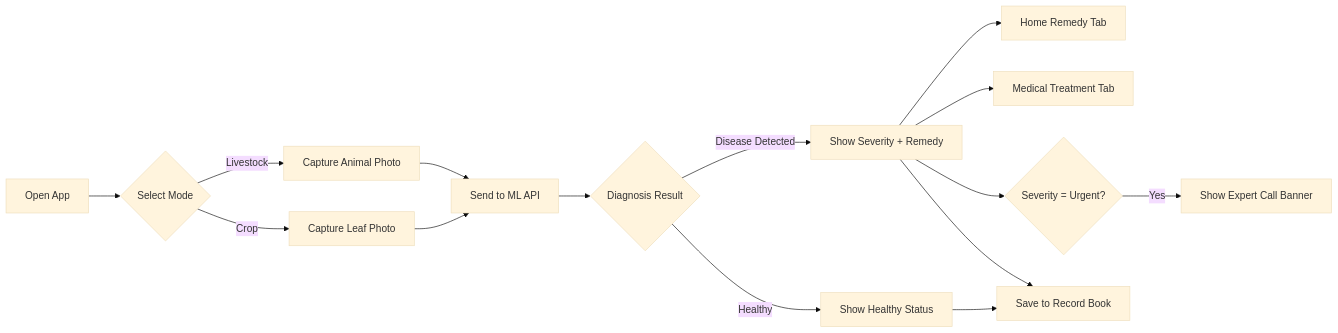
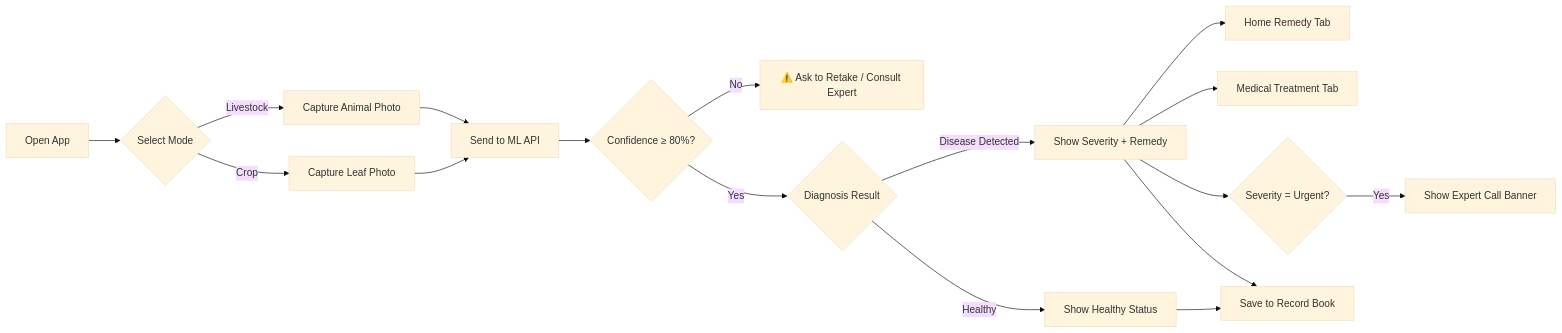
One commit to nilkumarbhadani/-dr-farmer-frontend changed the second of 2 diagrams in README.md. Above: the diagram before and after it, drawn with Mermaid (base theme). The commit also changed other lines of this file, not shown here.

````diff
--- a/README.md
+++ b/README.md
@@ -93,17 +164,19 @@
 ```mermaid
 flowchart LR
     A[Open App] --> B{Select Mode}
     B -->|Crop| C[Capture Leaf Photo]
     B -->|Livestock| D[Capture Animal Photo]
     C --> E[Send to ML API]
     D --> E
-    E --> F{Diagnosis Result}
-    F -->|Healthy| G[Show Healthy Status]
-    F -->|Disease Detected| H[Show Severity + Remedy]
-    H --> I[Home Remedy Tab]
-    H --> J[Medical Treatment Tab]
-    H --> K{Severity = Urgent?}
-    K -->|Yes| L[Show Expert Call Banner]
-    G --> M[Save to Record Book]
-    H --> M
+    E --> F{Confidence ≥ 80%?}
+    F -->|No| N[⚠️ Ask to Retake / Consult Expert]
+    F -->|Yes| G{Diagnosis Result}
+    G -->|Healthy| H[Show Healthy Status]
+    G -->|Disease Detected| I[Show Severity + Remedy]
+    I --> J[Home Remedy Tab]
+    I --> K[Medical Treatment Tab]
+    I --> L{Severity = Urgent?}
+    L -->|Yes| M[Show Expert Call Banner]
+    H --> O[Save to Record Book]
+    I --> O
 ```
````
